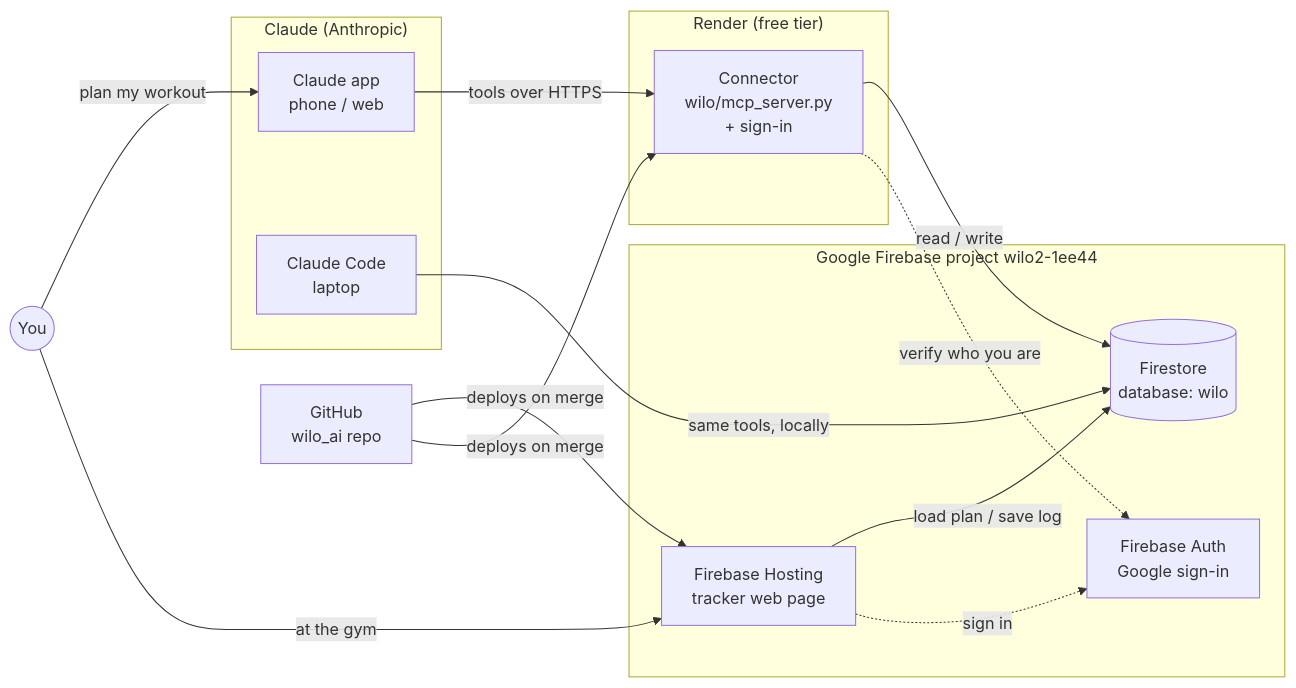
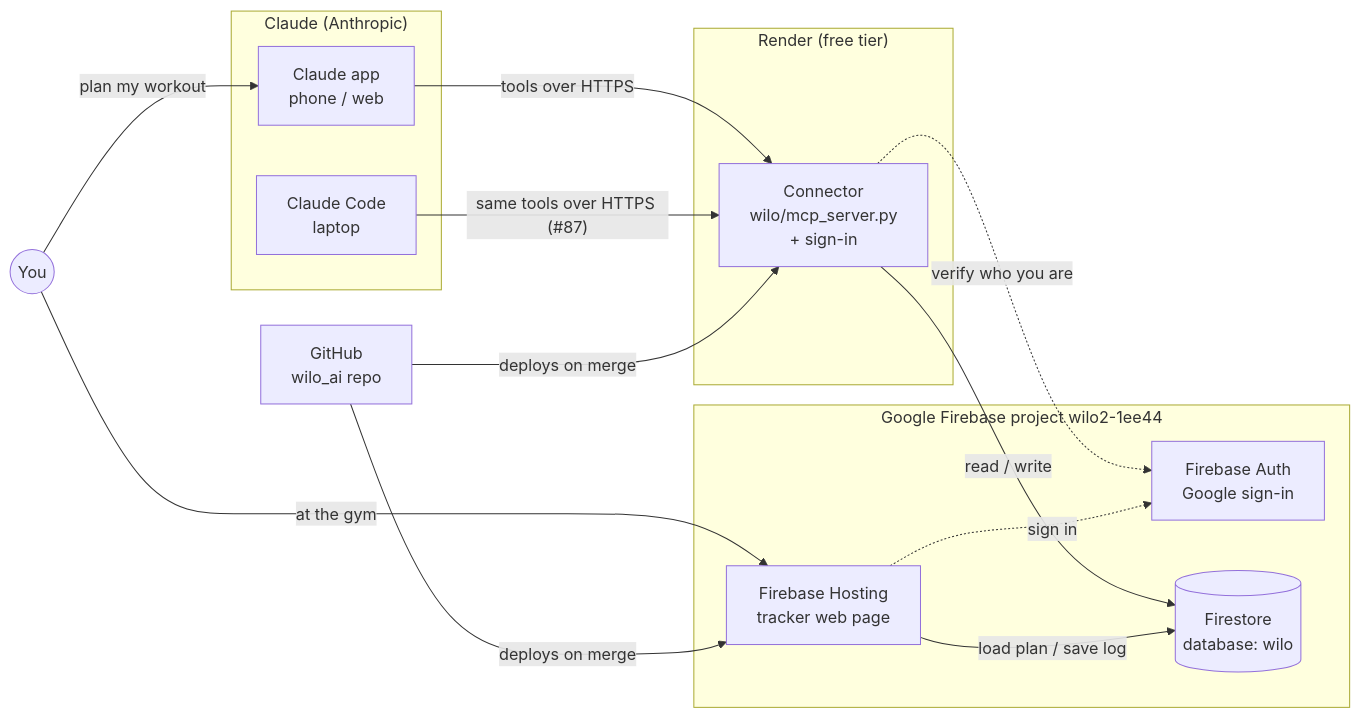
One commit to CoachThomLamb/wilo_ai changed the first of 3 diagrams in docs/infrastructure-and-rebuild.md. Above: the diagram before and after it, drawn with Mermaid. The commit also changed other lines of this file and 2 other files, not shown here.

````diff
--- a/docs/infrastructure-and-rebuild.md
+++ b/docs/infrastructure-and-rebuild.md
@@ -20,28 +20,28 @@
 ```mermaid
 flowchart LR
     U(("You"))
     subgraph Claude["Claude (Anthropic)"]
         APP["Claude app<br/>phone / web"]
         CC["Claude Code<br/>laptop"]
     end
     subgraph Render["Render (free tier)"]
         CONN["Connector<br/>wilo/mcp_server.py<br/>+ sign-in"]
     end
     subgraph Google["Google Firebase project wilo2-1ee44"]
         AUTH["Firebase Auth<br/>Google sign-in"]
         FS[("Firestore<br/>database: wilo")]
         HOST["Firebase Hosting<br/>tracker web page"]
     end
     GH["GitHub<br/>wilo_ai repo"]
 
     U -- "plan my workout" --> APP
     U -- "at the gym" --> HOST
     APP -- "tools over HTTPS" --> CONN
-    CC -- "same tools, locally" --> FS
+    CC -- "same tools over HTTPS (#87)" --> CONN
     CONN -- "read / write" --> FS
     CONN -. "verify who you are" .-> AUTH
     HOST -- "load plan / save log" --> FS
     HOST -. "sign in" .-> AUTH
     GH -- "deploys on merge" --> HOST
     GH -- "deploys on merge" --> CONN
 ```
````
